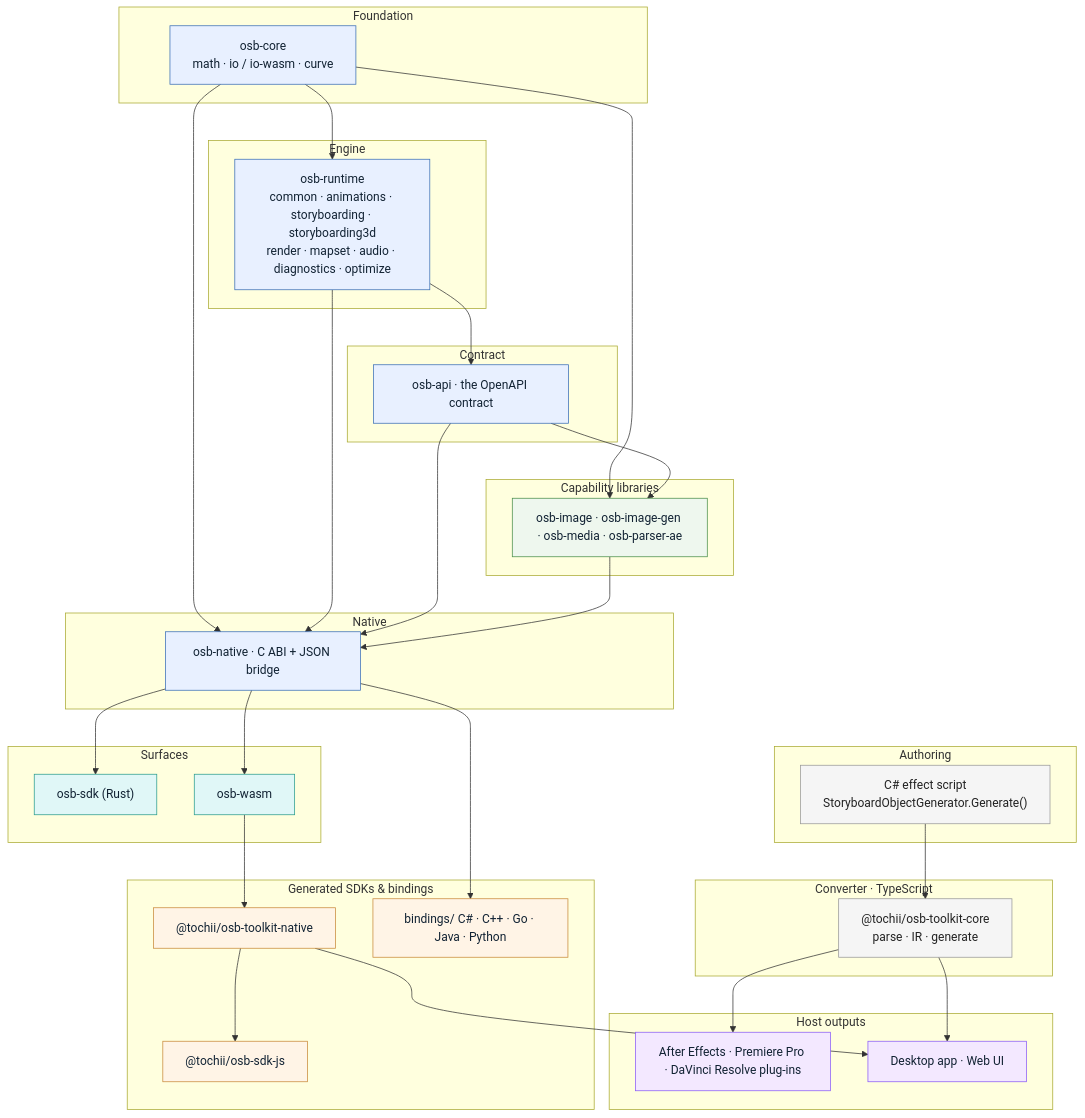
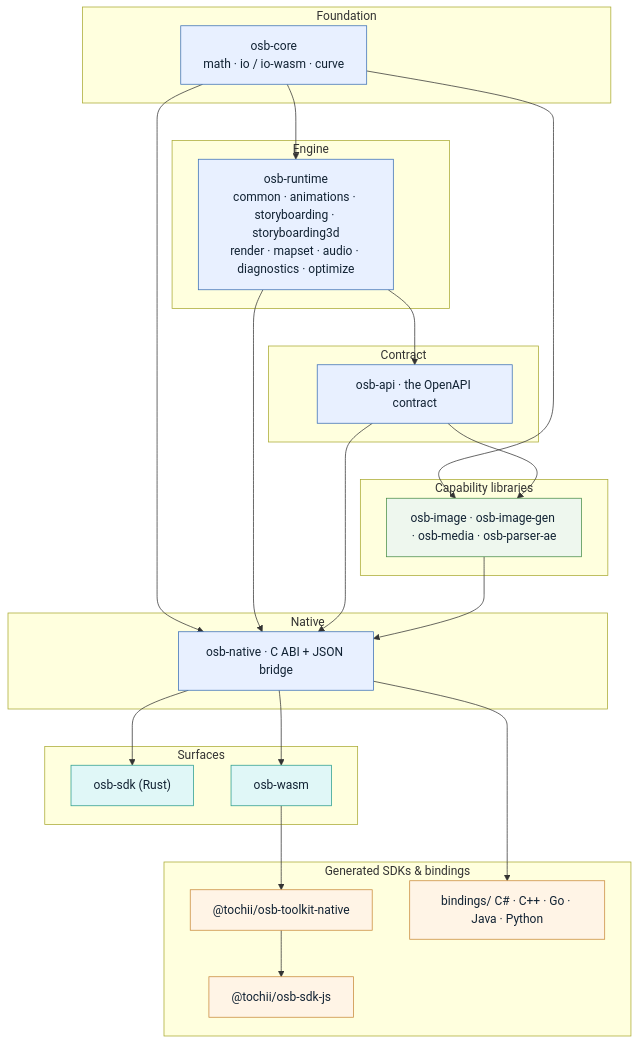
One commit to tochiResources/osb-toolkit changed the diagram in docs/architecture/01-system.mmd. Above: the diagram before and after it, drawn with Mermaid. The commit also changed 11 other files, not shown here.

```diff
--- a/docs/architecture/01-system.mmd
+++ b/docs/architecture/01-system.mmd
@@ -1,72 +1,52 @@
 flowchart TB
-    classDef src fill:#f5f5f5,stroke:#999,color:#222
     classDef core fill:#e8f0ff,stroke:#3b6fb6,color:#123
     classDef lib fill:#eef7ee,stroke:#4a8f4a,color:#123
     classDef surf fill:#e0f7f7,stroke:#2a9d8f,color:#123
     classDef bind fill:#fff4e6,stroke:#c98a3b,color:#123
-    classDef out fill:#f3e8ff,stroke:#8b5cf6,color:#123
-
-    subgraph authoring["Authoring"]
-        cs["C# effect script<br/>StoryboardObjectGenerator.Generate()"]:::src
-    end
-
-    subgraph converter["Converter · TypeScript"]
-        cvt["@tochii/osb-toolkit-core<br/>parse · IR · generate"]:::src
-    end
 
     subgraph foundation["Foundation"]
         core["osb-core<br/>math · io / io-wasm · curve"]:::core
     end
 
     subgraph engine["Engine"]
         runtime["osb-runtime<br/>common · animations · storyboarding · storyboarding3d<br/>render · mapset · audio · diagnostics · optimize"]:::core
     end
 
     subgraph contract["Contract"]
         api["osb-api · the OpenAPI contract"]:::core
     end
 
     subgraph capabilities["Capability libraries"]
         libs["osb-image · osb-image-gen · osb-media · osb-parser-ae"]:::lib
     end
 
     subgraph nativeg["Native"]
         native["osb-native · C ABI + JSON bridge"]:::core
     end
 
     subgraph surfaces["Surfaces"]
         rustsdk["osb-sdk (Rust)"]:::surf
         wasm["osb-wasm"]:::surf
     end
 
     subgraph sdks["Generated SDKs & bindings"]
         nbind["@tochii/osb-toolkit-native"]:::bind
         ts["@tochii/osb-sdk-js"]:::bind
         bindings["bindings/ C# · C++ · Go · Java · Python"]:::bind
     end
 
-    subgraph hosts["Host outputs"]
-        plugins["After Effects · Premiere Pro · DaVinci Resolve plug-ins"]:::out
-        apps["Desktop app · Web UI"]:::out
-    end
-
-    cs --> cvt
-    cvt --> plugins
-    cvt --> apps
-
     core --> runtime
     runtime --> api
     core --> libs
     api --> libs
 
     core --> native
     runtime --> native
     api --> native
     libs --> native
 
     native --> rustsdk
     native --> wasm
     native --> bindings
     wasm --> nbind
     nbind --> ts
-    nbind --> apps
```
